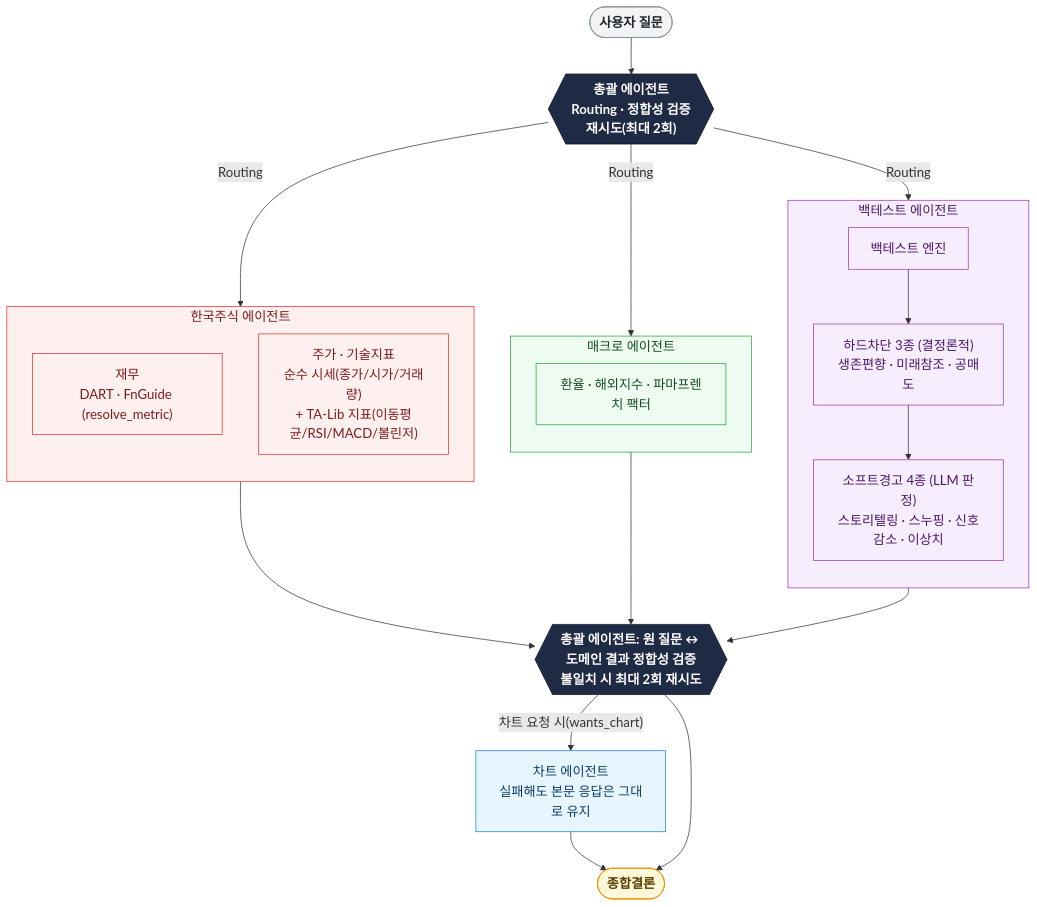
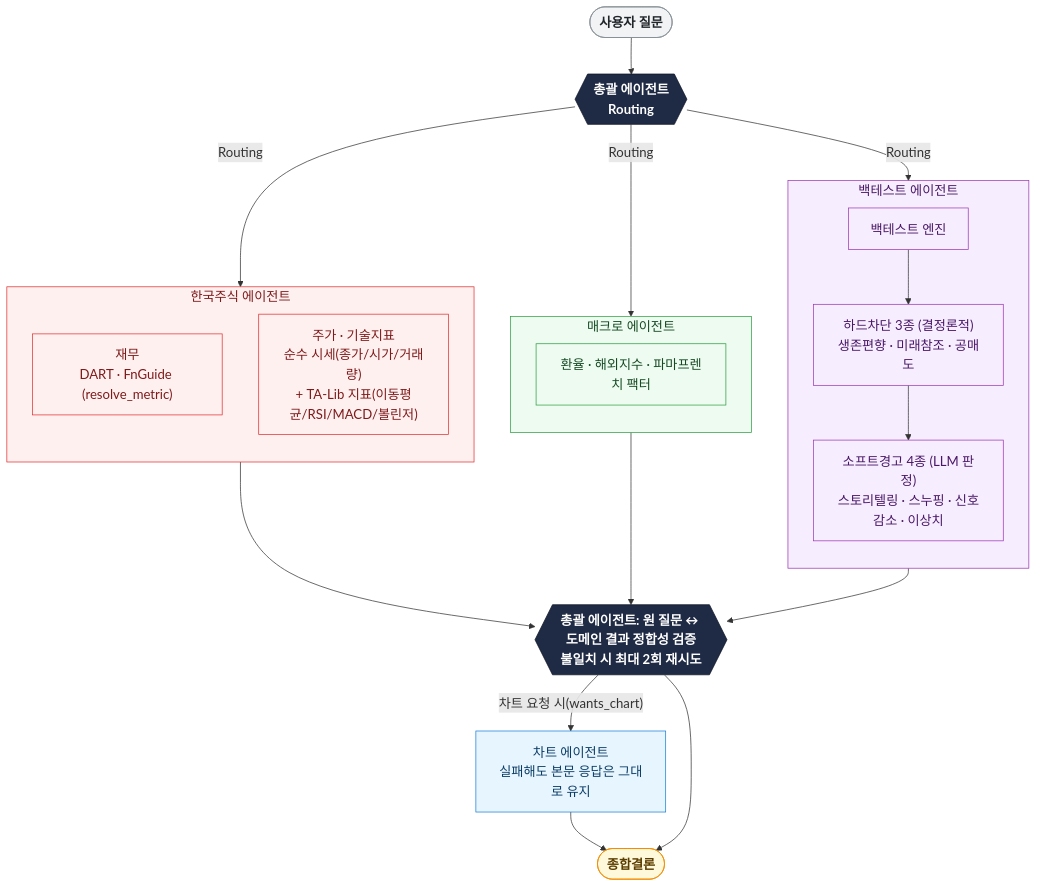
Before and after one commit to sonjong980304-tech/quant-assistant: the diagram in README.md, drawn with Mermaid.

Commit message:
docs: 아키텍처 다이어그램 재시도 표기 중복 제거 SUP 박스와 VERIFY 박스 둘 다 재시도(최대 2회)를 언급해 재시도가 두 번 도는 것처럼 오해할 수 있었음. 실제로는 검증(VERIFY) 단계에서 실패한 도메인만 재실행하는 하나의 루프이므로, SUP 박스는 Routing 역할만 남기고 재시도 문구는 VERIFY 박스에만 남김.

````diff
--- a/README.md
+++ b/README.md
@@ -26,61 +26,61 @@
 ```mermaid
 %%{init: {'themeVariables': {'fontSize': '18px'}}}%%
 flowchart TB
     Q(["사용자 질문"])
-    SUP{{"총괄 에이전트<br/>Routing · 정합성 검증<br/>재시도(최대 2회)"}}
+    SUP{{"총괄 에이전트<br/>Routing"}}
 
     Q --> SUP
 
     subgraph KR_BOX["한국주식 에이전트"]
         direction TB
         KR_FIN["재무<br/>DART · FnGuide (resolve_metric)"]
         KR_PRICE["주가 · 기술지표<br/>순수 시세(종가/시가/거래량)<br/>+ TA-Lib 지표(이동평균/RSI/MACD/볼린저)"]
     end
 
     subgraph MACRO_BOX["매크로 에이전트"]
         direction TB
         MACRO_DATA["환율 · 해외지수 · 파마프렌치 팩터"]
     end
 
     subgraph BT_BOX["백테스트 에이전트"]
         direction TB
         BT_PIPE["백테스트 엔진"]
         BT_HARD["하드차단 3종 (결정론적)<br/>생존편향 · 미래참조 · 공매도"]
         BT_SOFT["소프트경고 4종 (LLM 판정)<br/>스토리텔링 · 스누핑 · 신호감소 · 이상치"]
         BT_PIPE --> BT_HARD --> BT_SOFT
     end
 
     SUP -->|Routing| KR_BOX
     SUP -->|Routing| MACRO_BOX
     SUP -->|Routing| BT_BOX
 
     KR_BOX --> VERIFY
     MACRO_BOX --> VERIFY
     BT_BOX --> VERIFY
 
     VERIFY{{"총괄 에이전트: 원 질문 ↔ 도메인 결과 정합성 검증<br/>불일치 시 최대 2회 재시도"}}
 
     CHART["차트 에이전트<br/>실패해도 본문 응답은 그대로 유지"]
 
     VERIFY -->|"차트 요청 시(wants_chart)"| CHART
     CHART --> RESULT
     VERIFY --> RESULT
 
     RESULT(["종합결론"])
 
     classDef q fill:#f1f3f5,stroke:#868e96,color:#212529,font-weight:bold
     classDef sup fill:#1f2a44,stroke:#0d1424,color:#ffffff,font-weight:bold
     classDef result fill:#fff9db,stroke:#f08c00,color:#5c3d00,font-weight:bold
     classDef kr fill:#fff0f0,stroke:#e03131,color:#7d1a1a
     classDef macro fill:#eefbf0,stroke:#2f9e44,color:#164a24
     classDef bt fill:#f6eeff,stroke:#9c36b5,color:#4a1766
     classDef chart fill:#e7f5ff,stroke:#1c7ed6,color:#0b3d66
 
     class Q q
     class SUP,VERIFY sup
     class RESULT result
     class KR_BOX,KR_FIN,KR_PRICE kr
     class MACRO_BOX,MACRO_DATA macro
     class BT_BOX,BT_PIPE,BT_HARD,BT_SOFT bt
     class CHART chart
 ```
````
